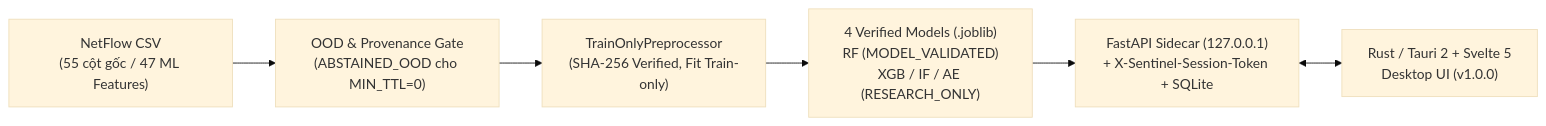
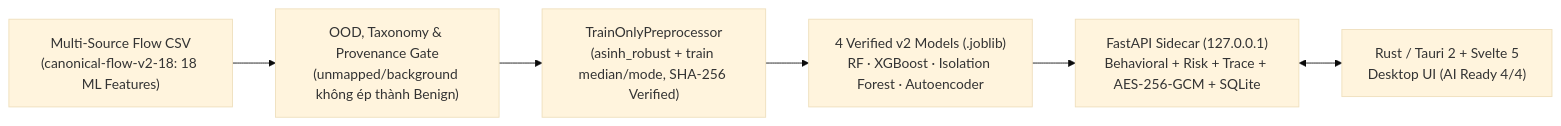
Before and after one commit to doctor-cato/AI-NETWORK-ANOMALY-DETECTION-TRACEABILITY-MAIN: the diagram in README.md, drawn with Mermaid (base theme). The commit also changed other lines of this file and 382 other files, not shown here.

````diff
--- a/README.md
+++ b/README.md
@@ -46,8 +44,8 @@
 ```mermaid
 flowchart LR
-    A["NetFlow CSV<br/>(55 cột gốc / 47 ML Features)"] --> B["OOD & Provenance Gate<br/>(ABSTAINED_OOD cho MIN_TTL=0)"]
-    B --> C["TrainOnlyPreprocessor<br/>(SHA-256 Verified, Fit Train-only)"]
-    C --> D["4 Verified Models (.joblib)<br/>RF (MODEL_VALIDATED)<br/>XGB / IF / AE (RESEARCH_ONLY)"]
-    D --> E["FastAPI Sidecar (127.0.0.1)<br/>+ X-Sentinel-Session-Token + SQLite"]
-    E <--> F["Rust / Tauri 2 + Svelte 5<br/>Desktop UI (v1.0.0)"]
+    A["Multi-Source Flow CSV<br/>(canonical-flow-v2-18: 18 ML Features)"] --> B["OOD, Taxonomy & Provenance Gate<br/>(unmapped/background không ép thành Benign)"]
+    B --> C["TrainOnlyPreprocessor<br/>(asinh_robust + train median/mode, SHA-256 Verified)"]
+    C --> D["4 Verified v2 Models (.joblib)<br/>RF · XGBoost · Isolation Forest · Autoencoder"]
+    D --> E["FastAPI Sidecar (127.0.0.1)<br/>Behavioral + Risk + Trace + AES-256-GCM + SQLite"]
+    E <--> F["Rust / Tauri 2 + Svelte 5<br/>Desktop UI (AI Ready 4/4)"]
 ```
````
